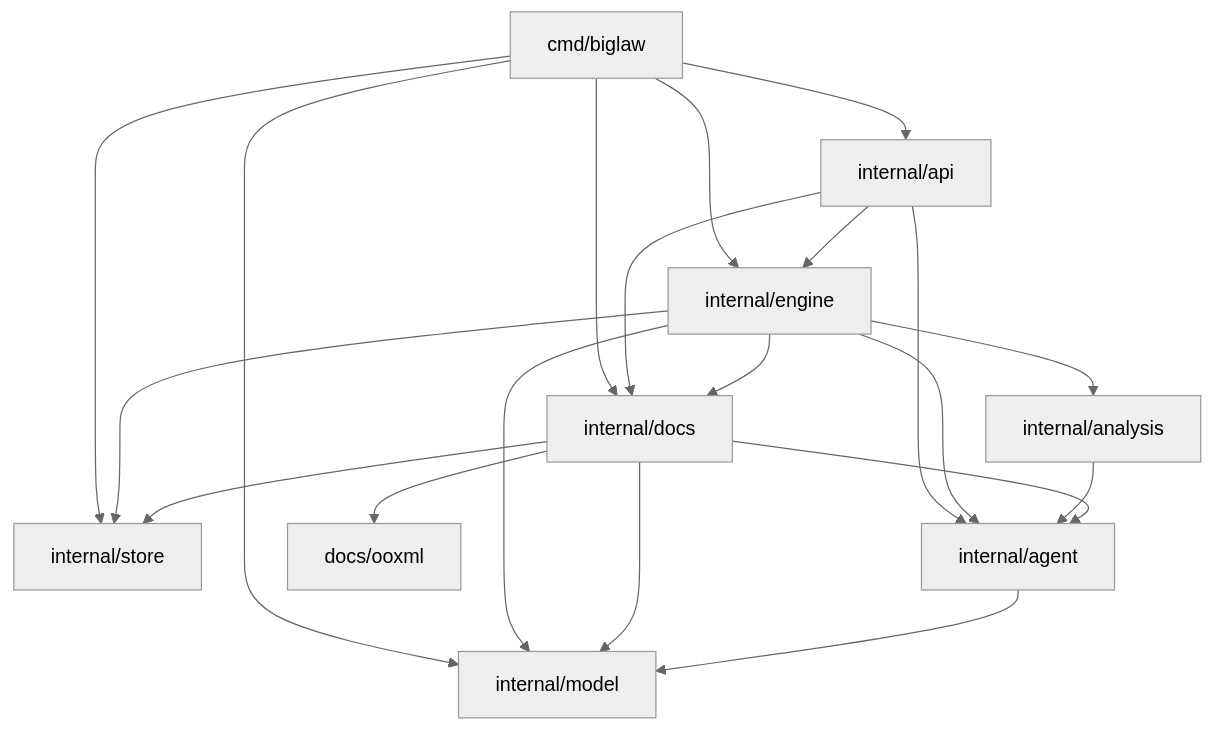
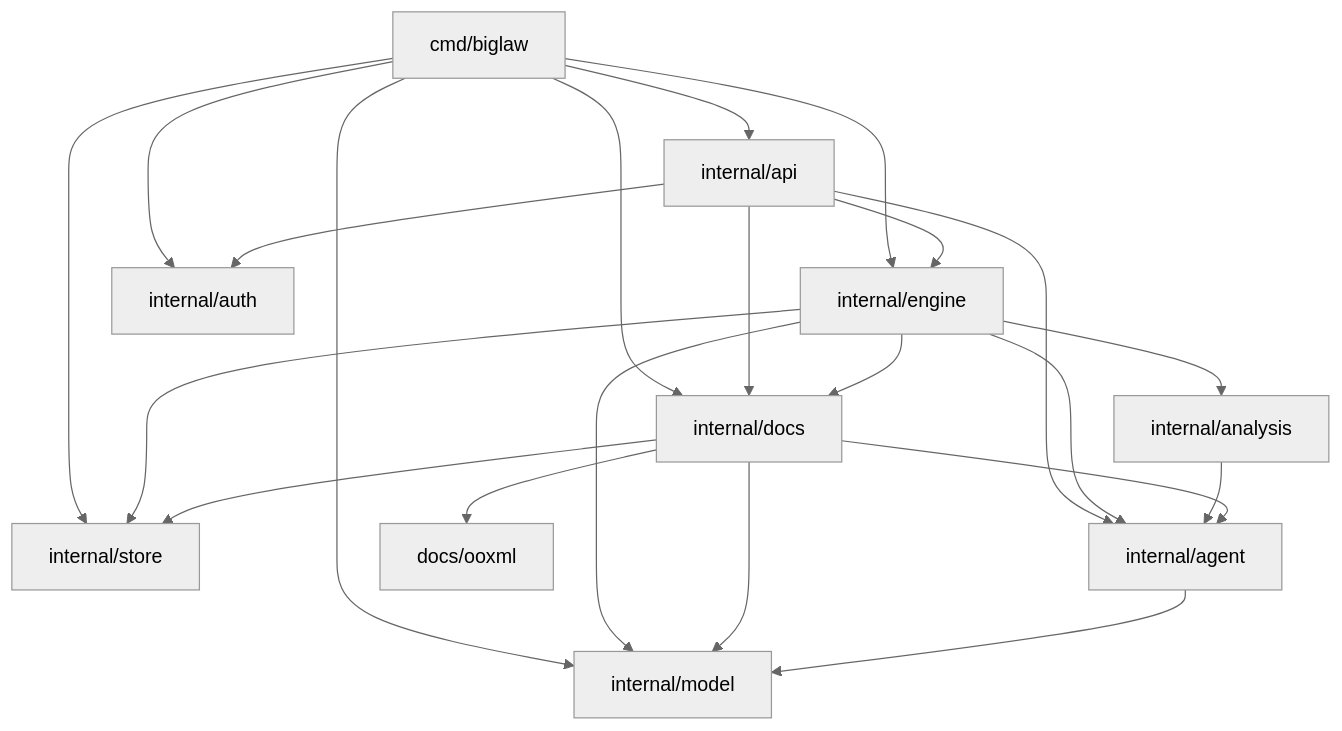
Before and after one commit to discover-legal/BigLaw: the first of 4 diagrams in docs/architecture.md, drawn with Mermaid (neutral theme). The commit also changed other lines of this file and 9 other files, not shown here.

````diff
--- a/docs/architecture.md
+++ b/docs/architecture.md
@@ -40,11 +38,12 @@
 ```mermaid
 flowchart TD
-  cmd[cmd/biglaw] --> api & engine & docs & model & store
-  api[internal/api] --> engine & docs & agent
+  cmd[cmd/biglaw] --> api & engine & docs & model & store & auth
+  api[internal/api] --> engine & docs & agent & auth
   engine[internal/engine] --> agent & analysis & docs & store & model
   analysis[internal/analysis] --> agent
   docs[internal/docs] --> agent & model & store & ooxml[docs/ooxml]
   agent[internal/agent] --> model
+  auth[internal/auth]
   model[internal/model]
   store[internal/store]
 ```
````
